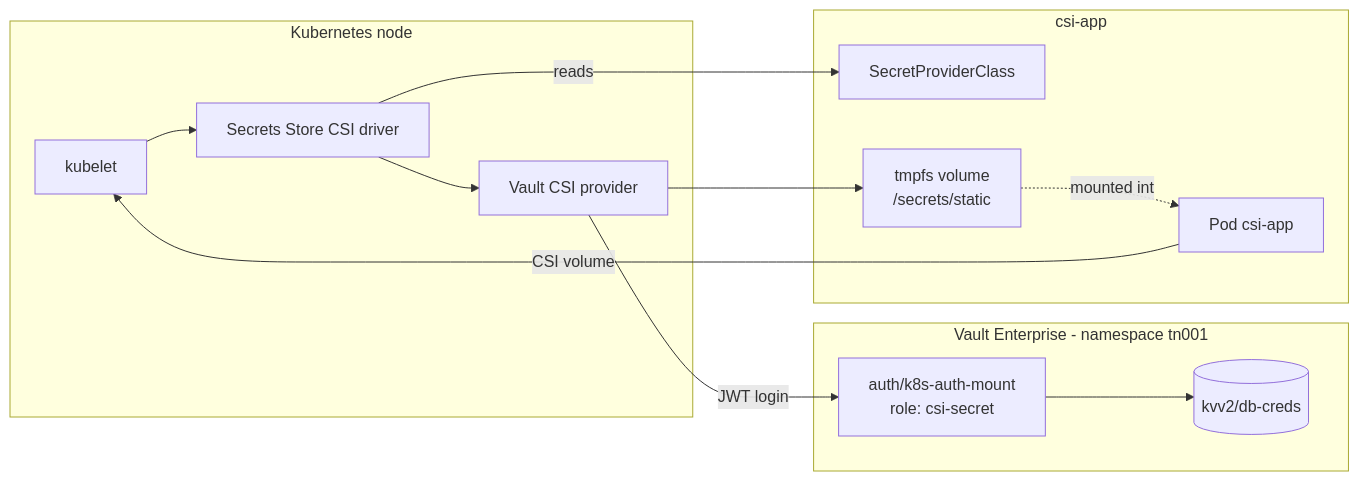
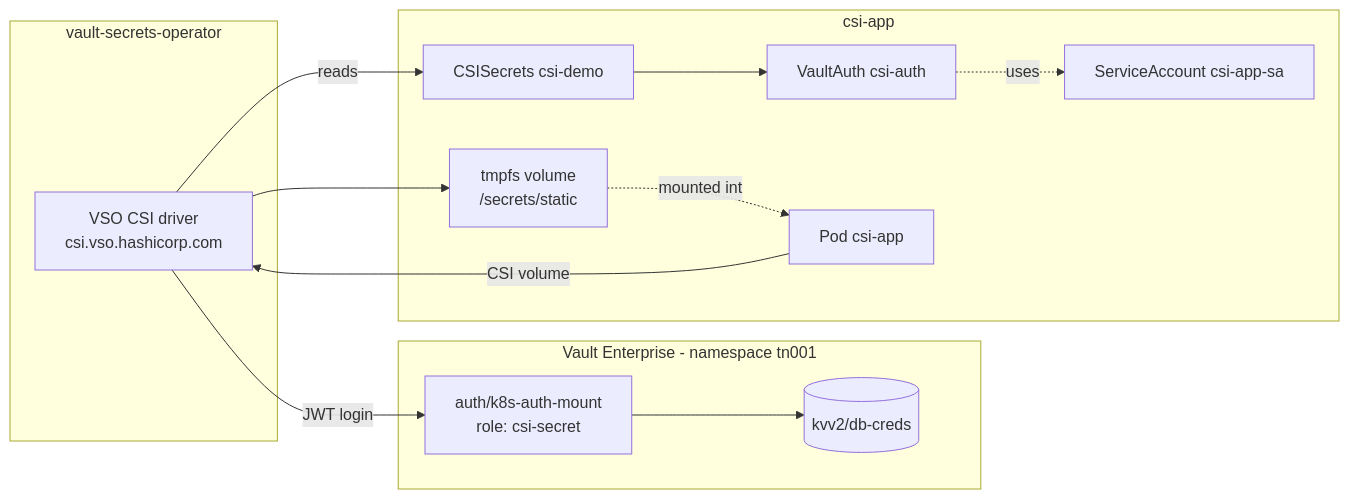
Before and after one commit to nhsy-hcp/learn-vault-secrets-operator: the diagram in docs/csi-secrets.md, drawn with Mermaid. The commit also changed other lines of this file and 15 other files, not shown here.

````diff
--- a/docs/csi-secrets.md
+++ b/docs/csi-secrets.md
@@ -12,28 +13,28 @@
 ```mermaid
 flowchart LR
   subgraph vault["Vault Enterprise - namespace tn001"]
     KV[("kvv2/db-creds")]
     ROLE["auth/k8s-auth-mount<br/>role: csi-secret"]
   end
 
-  subgraph node["Kubernetes node"]
-    KUBELET["kubelet"]
-    CSI["Secrets Store CSI driver"]
-    PROV["Vault CSI provider"]
+  subgraph vso["vault-secrets-operator"]
+    DRV["VSO CSI driver<br/>csi.vso.hashicorp.com"]
   end
 
   subgraph app["csi-app"]
-    SPC["SecretProviderClass"]
+    VA["VaultAuth csi-auth"]
+    CS["CSISecrets csi-demo"]
+    SA["ServiceAccount csi-app-sa"]
     POD["Pod csi-app"]
     TMPFS["tmpfs volume<br/>/secrets/static"]
   end
 
-  POD -->|CSI volume| KUBELET
-  KUBELET --> CSI
-  CSI -->|reads| SPC
-  CSI --> PROV
-  PROV -->|JWT login| ROLE
+  POD -->|CSI volume| DRV
+  DRV -->|reads| CS
+  CS --> VA
+  VA -.uses.-> SA
+  DRV -->|JWT login| ROLE
   ROLE --> KV
-  PROV --> TMPFS
+  DRV --> TMPFS
   TMPFS -.mounted into.-> POD
 ```
````
